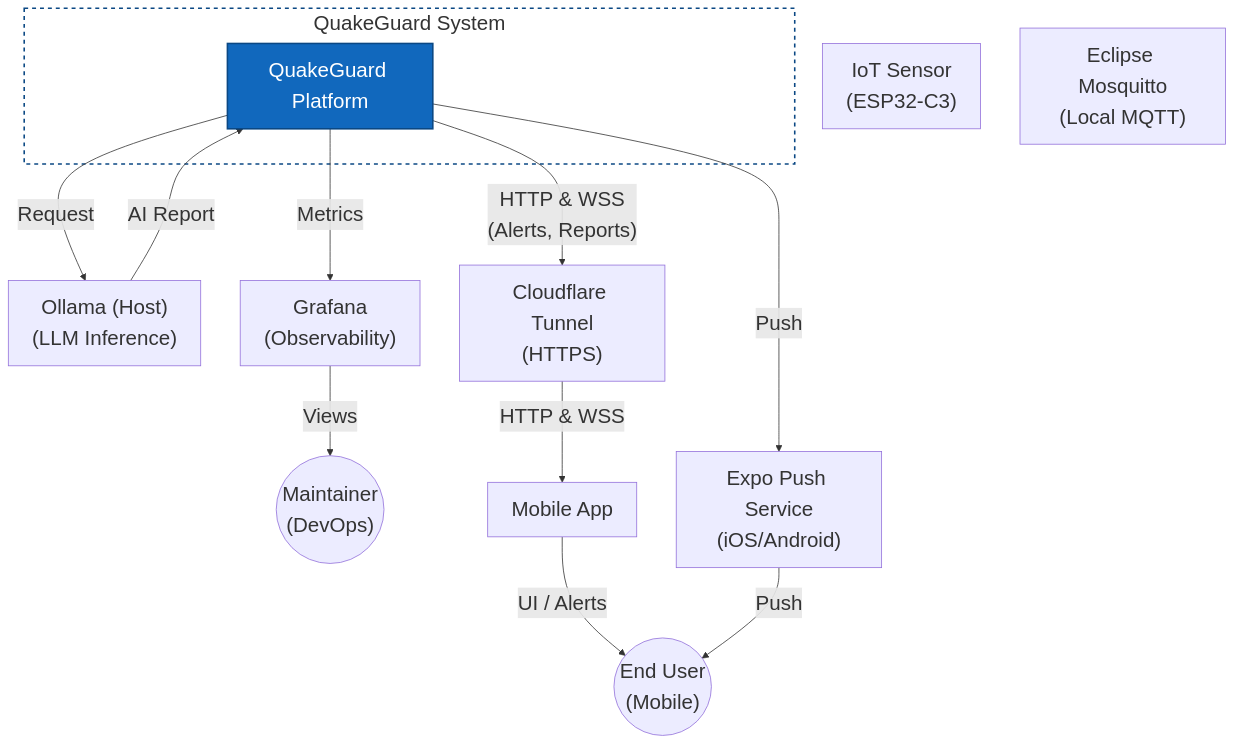
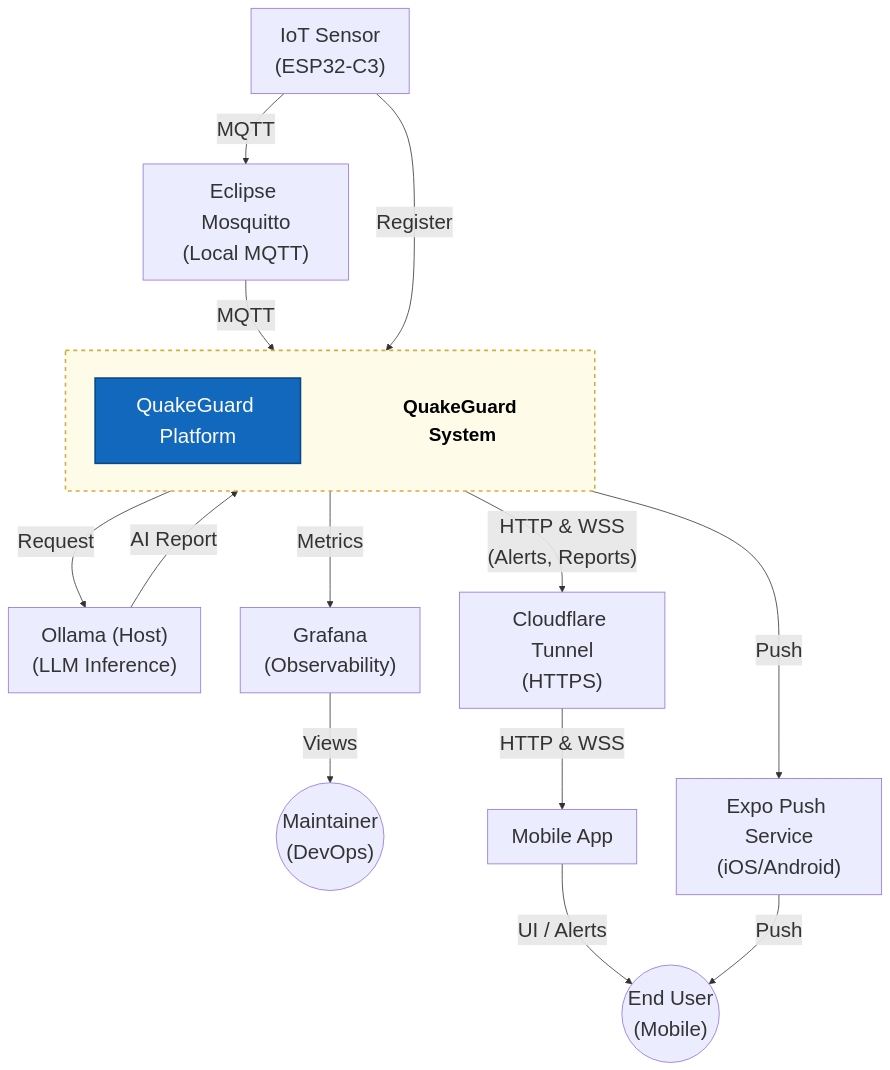
The first of 3 diagrams in docs/diagrams/c4-context.md (GiZano/QuakeGuard), drawn with Mermaid before and after one commit. The commit also changed 1 other file, not shown here.

Commit message:
docs(whitepaper): update Figure 1 layout and fix broken edges

````diff
--- a/docs/diagrams/c4-context.md
+++ b/docs/diagrams/c4-context.md
@@ -5,34 +5,40 @@
 ```mermaid
 %%{init: {"themeVariables": {"fontSize": "26px"}}}%%
 flowchart TD
     user(("End User\n(Mobile)"))
     maintainer(("Maintainer\n(DevOps)"))
     mobile["Mobile App"]
     sensor["IoT Sensor\n(ESP32-C3)"]
 
-    subgraph sys [QuakeGuard System]
-        quakeguard["QuakeGuard Platform"]
+    subgraph sys [ ]
+        direction LR
+        quakeguard["QuakeGuard Platform"] ~~~ label["QuakeGuard System"]
     end
-    style sys fill:none,stroke:#0b4884,stroke-width:2px,stroke-dasharray: 5 5
+    style sys fill:#fefce8,stroke:#d4af37,stroke-width:2px,stroke-dasharray: 5 5
+    style label fill:none,stroke:none,color:#000,font-weight:bold,font-size:24px
 
     mosquitto["Eclipse Mosquitto\n(Local MQTT)"]
     ollama["Ollama (Host)\n(LLM Inference)"]
     cloudflare["Cloudflare Tunnel\n(HTTPS)"]
     expo["Expo Push Service\n(iOS/Android)"]
     grafana["Grafana\n(Observability)"]
+
+    sensor -- "MQTT" --> mosquitto
+    mosquitto -- "MQTT" --> quakeguard
+    sensor -- "Register" --> quakeguard
 
     quakeguard -- "Metrics" --> grafana
     grafana -- "Views" --> maintainer
     
     quakeguard -- "Request" --> ollama
     ollama -- "AI Report" --> quakeguard
     
     quakeguard -- "HTTP & WSS\n(Alerts, Reports)" --> cloudflare
     cloudflare -- "HTTP & WSS" --> mobile
     mobile -- "UI / Alerts" --> user
     
-    quakeguard -- "Push" --> expo
+    quakeguard -- "Push" ---> expo
     expo -- "Push" --> user
 
     style quakeguard fill:#1168bd,stroke:#0b4884,color:#ffffff,stroke-width:2px
 ```
````
